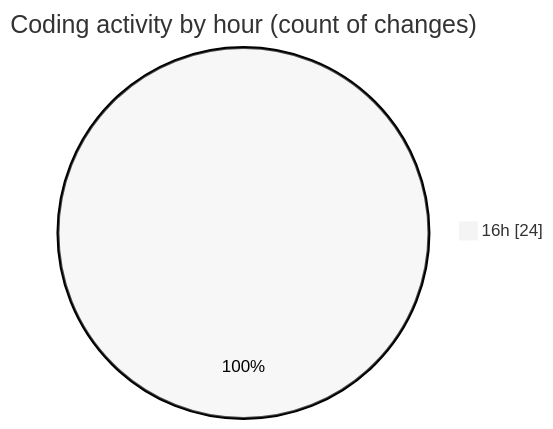
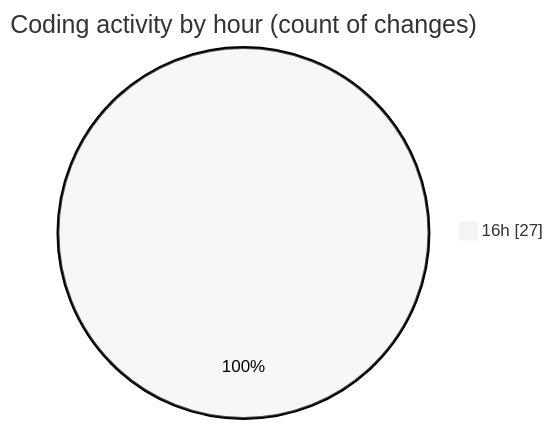
Before and after one commit to donsfak/code-tracking: the second of 2 diagrams in 2025-01-15/trackers_app/README.md, drawn with Mermaid (neutral theme). The commit also changed other lines of this file and 1 other file, not shown here.

````diff
--- a/2025-01-15/trackers_app/README.md
+++ b/2025-01-15/trackers_app/README.md
@@ -31,5 +31,5 @@
 ```mermaid
 pie showData
 title Coding activity by hour (count of changes)
-"16h" : 24
+"16h" : 27
 ```
````
